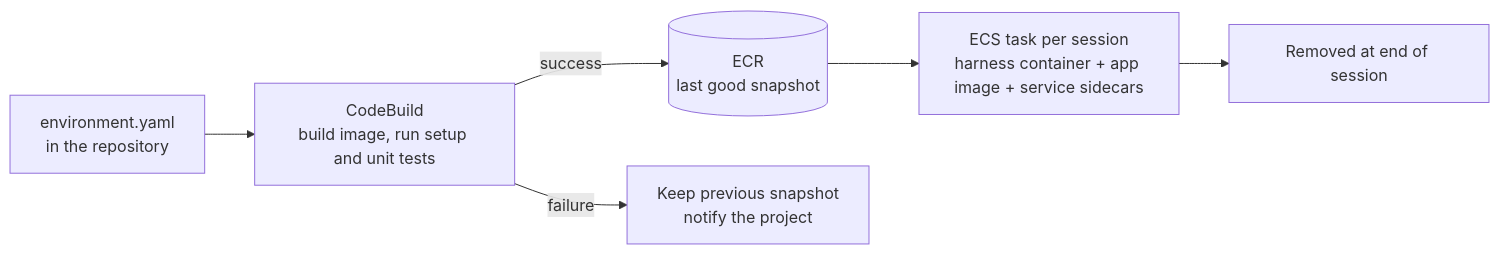
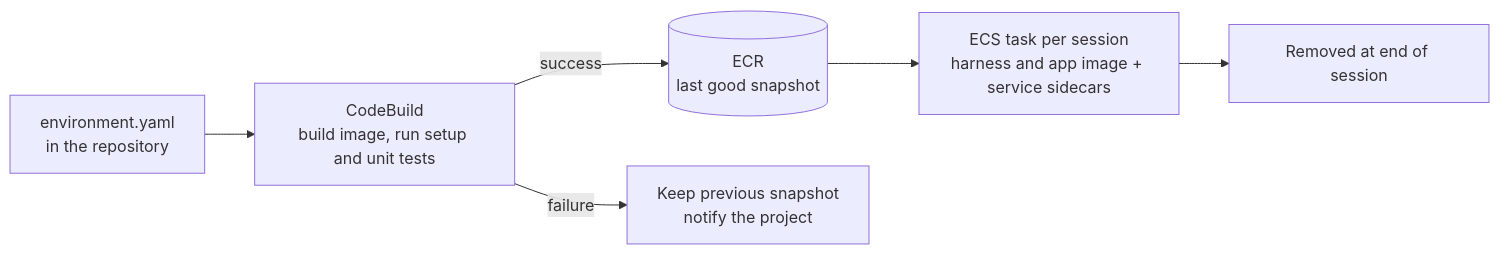
Before and after one commit to phuc-nt/my-poc: the third of 4 diagrams in docs/aipf/05-system-design.md, drawn with Mermaid. The commit also changed other lines of this file and 45 other files, not shown here.

````diff
--- a/docs/aipf/05-system-design.md
+++ b/docs/aipf/05-system-design.md
@@ -275,8 +278,8 @@
 ```mermaid
 flowchart LR
     SPEC[environment.yaml<br/>in the repository] --> BUILD[CodeBuild<br/>build image, run setup and unit tests]
     BUILD -->|success| ECR[(ECR<br/>last good snapshot)]
     BUILD -->|failure| KEEP[Keep previous snapshot<br/>notify the project]
-    ECR --> TASK[ECS task per session<br/>harness container + app image + service sidecars]
+    ECR --> TASK[ECS task per session<br/>harness and app image + service sidecars]
     TASK --> END[Removed at end of session]
 ```
````
